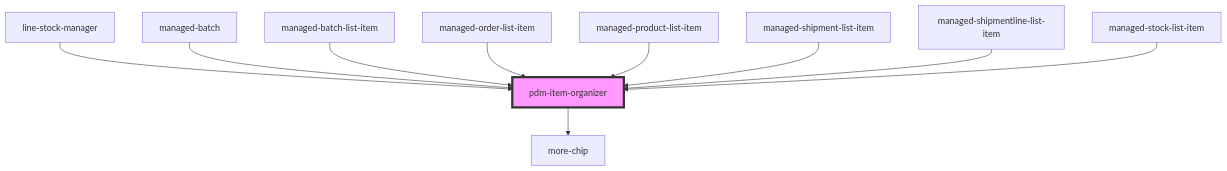
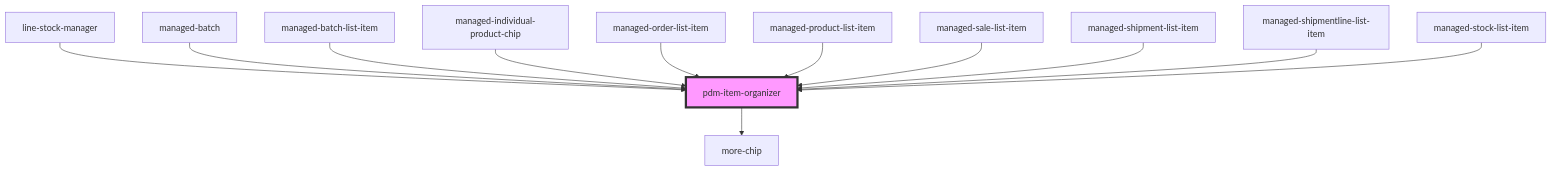
Before and after one commit to PharmaLedger-IMI/fgt-workspace: the diagram in pdm-web-components/src/components/pdm-item-organizer/readme.md, drawn with Mermaid. The commit also changed other lines of this file and 48 other files, not shown here.

````diff
--- a/pdm-web-components/src/components/pdm-item-organizer/readme.md
+++ b/pdm-web-components/src/components/pdm-item-organizer/readme.md
@@ -46,13 +50,15 @@
 ```mermaid
 graph TD;
   pdm-item-organizer --> more-chip
   line-stock-manager --> pdm-item-organizer
   managed-batch --> pdm-item-organizer
   managed-batch-list-item --> pdm-item-organizer
+  managed-individual-product-chip --> pdm-item-organizer
   managed-order-list-item --> pdm-item-organizer
   managed-product-list-item --> pdm-item-organizer
+  managed-sale-list-item --> pdm-item-organizer
   managed-shipment-list-item --> pdm-item-organizer
   managed-shipmentline-list-item --> pdm-item-organizer
   managed-stock-list-item --> pdm-item-organizer
   style pdm-item-organizer fill:#f9f,stroke:#333,stroke-width:4px
 ```
````
